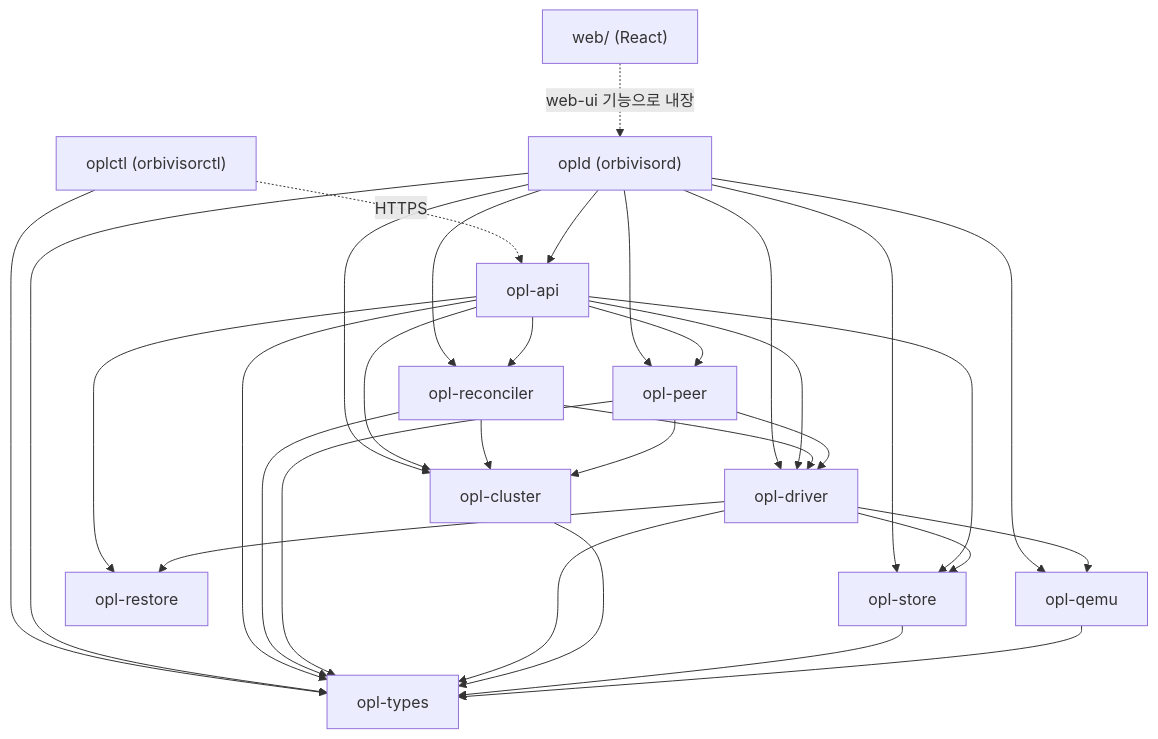
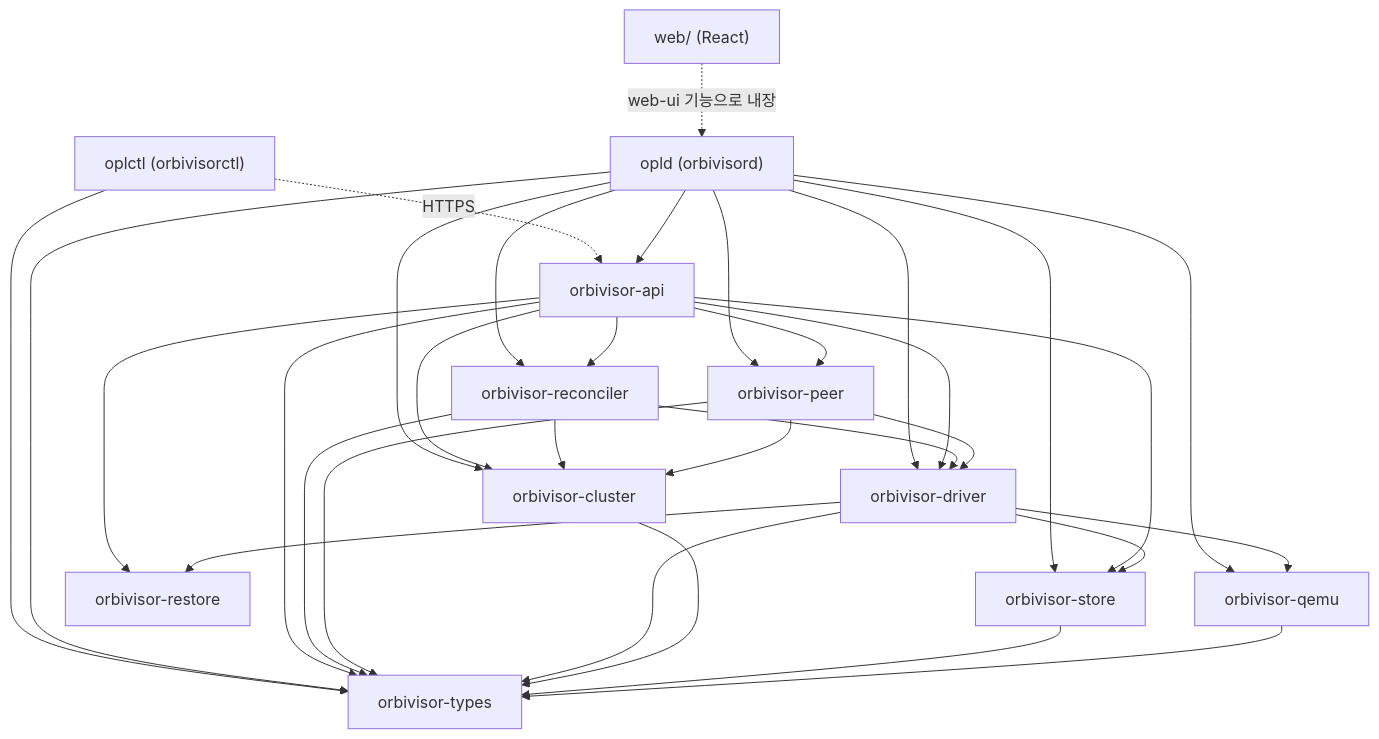
Before and after one commit to gaiger777/opLite: the first of 16 diagrams in docs/architecture.md, drawn with Mermaid. The commit also changed other lines of this file and 2275 other files, not shown here.

First line of the commit message:
refactor: 크레이트 이름 opl-*·opld·oplctl → orbivisor-*·orbivisord·orbivisorctl(동작 같음, 계획 74 1단계)

````diff
--- a/docs/architecture.md
+++ b/docs/architecture.md
@@ -83,36 +83,36 @@
 ```mermaid
 graph TD
-  types[opl-types]
-  qemu[opl-qemu] --> types
-  store[opl-store] --> types
-  restore[opl-restore]
-  cluster[opl-cluster] --> types
-  driver[opl-driver] --> qemu
+  types[orbivisor-types]
+  qemu[orbivisor-qemu] --> types
+  store[orbivisor-store] --> types
+  restore[orbivisor-restore]
+  cluster[orbivisor-cluster] --> types
+  driver[orbivisor-driver] --> qemu
   driver --> types
   driver --> store
   driver --> restore
-  peer[opl-peer] --> cluster
+  peer[orbivisor-peer] --> cluster
   peer --> driver
   peer --> types
-  rec[opl-reconciler] --> cluster
+  rec[orbivisor-reconciler] --> cluster
   rec --> driver
   rec --> types
-  api[opl-api] --> cluster
+  api[orbivisor-api] --> cluster
   api --> driver
   api --> peer
   api --> rec
   api --> types
   api --> store
   api --> restore
   opld["opld (orbivisord)"] --> api
   opld --> rec
   opld --> peer
   opld --> cluster
   opld --> driver
   opld --> qemu
   opld --> types
   opld --> store
   ctl["oplctl (orbivisorctl)"] --> types
   web["web/ (React)"] -. "web-ui 기능으로 내장" .-> opld
   ctl -. HTTPS .-> api
 ```
````
